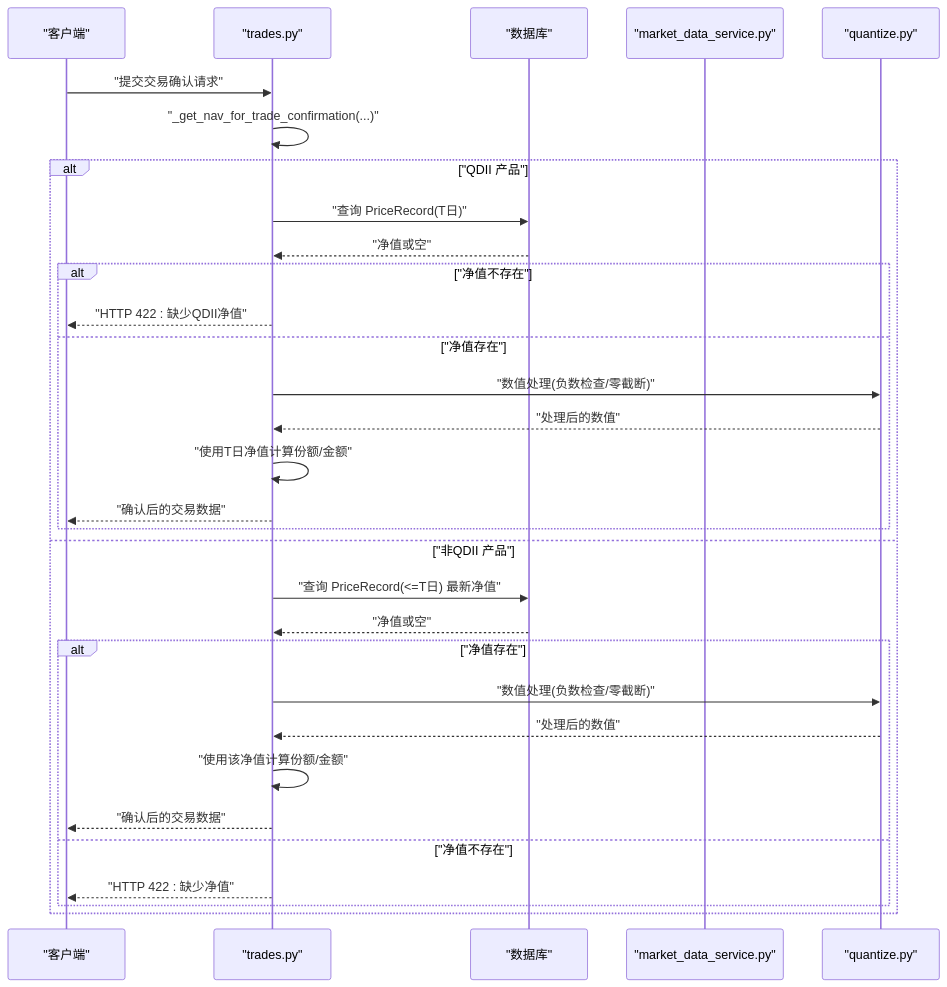
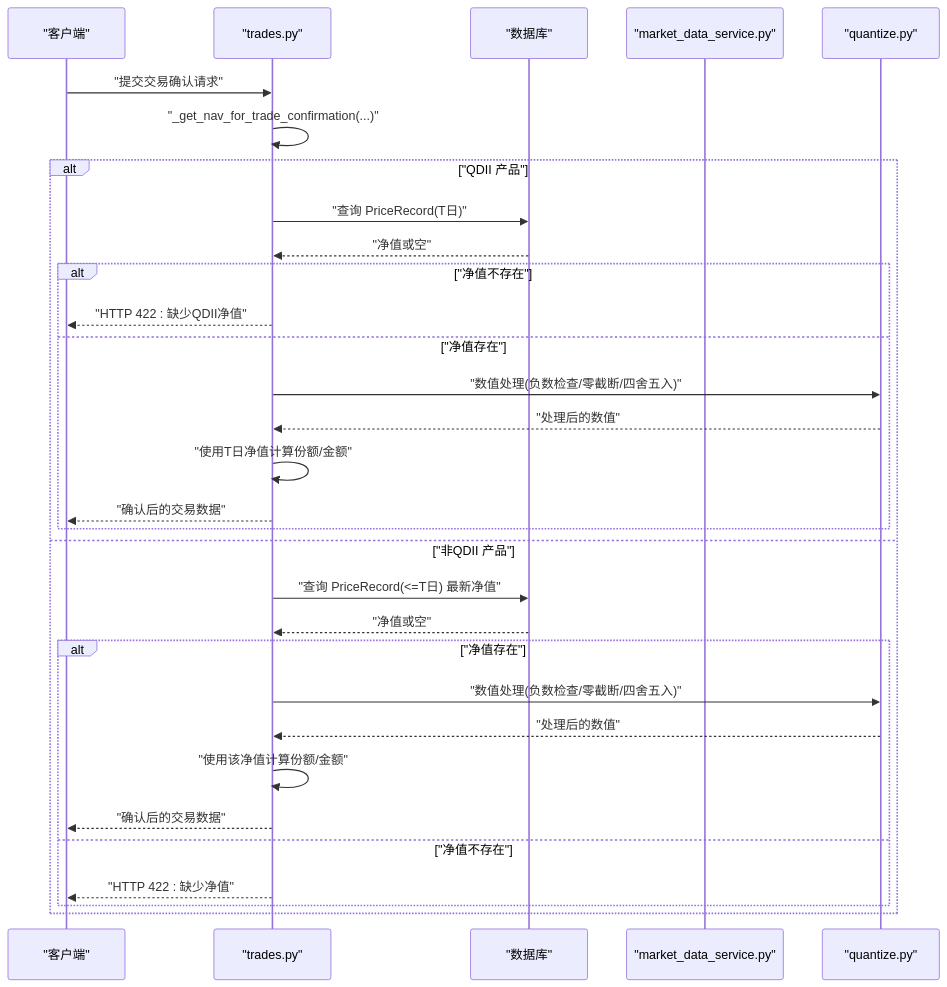
Before and after one commit to gujialind/InvestRing: the second of 9 diagrams in .qoder/repowiki/zh/content/数据库设计/核心计算公式.md, drawn with Mermaid. The commit also changed other lines of this file and 32 other files, not shown here.

````diff
--- a/.qoder/repowiki/zh/content/数据库设计/核心计算公式.md
+++ b/.qoder/repowiki/zh/content/数据库设计/核心计算公式.md
@@ -141,33 +144,33 @@
 ```mermaid
 sequenceDiagram
 participant Client as "客户端"
 participant Trades as "trades.py"
 participant DB as "数据库"
 participant MarketSvc as "market_data_service.py"
 participant QuantUtil as "quantize.py"
 Client->>Trades : "提交交易确认请求"
 Trades->>Trades : "_get_nav_for_trade_confirmation(...)"
 alt "QDII 产品"
 Trades->>DB : "查询 PriceRecord(T日)"
 DB-->>Trades : "净值或空"
 alt "净值不存在"
 Trades-->>Client : "HTTP 422 : 缺少QDII净值"
 else "净值存在"
-Trades->>QuantUtil : "数值处理(负数检查/零截断)"
+Trades->>QuantUtil : "数值处理(负数检查/零截断/四舍五入)"
 QuantUtil-->>Trades : "处理后的数值"
 Trades->>Trades : "使用T日净值计算份额/金额"
 Trades-->>Client : "确认后的交易数据"
 end
 else "非QDII 产品"
 Trades->>DB : "查询 PriceRecord(<=T日) 最新净值"
 DB-->>Trades : "净值或空"
 alt "净值存在"
-Trades->>QuantUtil : "数值处理(负数检查/零截断)"
+Trades->>QuantUtil : "数值处理(负数检查/零截断/四舍五入)"
 QuantUtil-->>Trades : "处理后的数值"
 Trades->>Trades : "使用该净值计算份额/金额"
 Trades-->>Client : "确认后的交易数据"
 else "净值不存在"
 Trades-->>Client : "HTTP 422 : 缺少净值"
 end
 end
 ```
````
